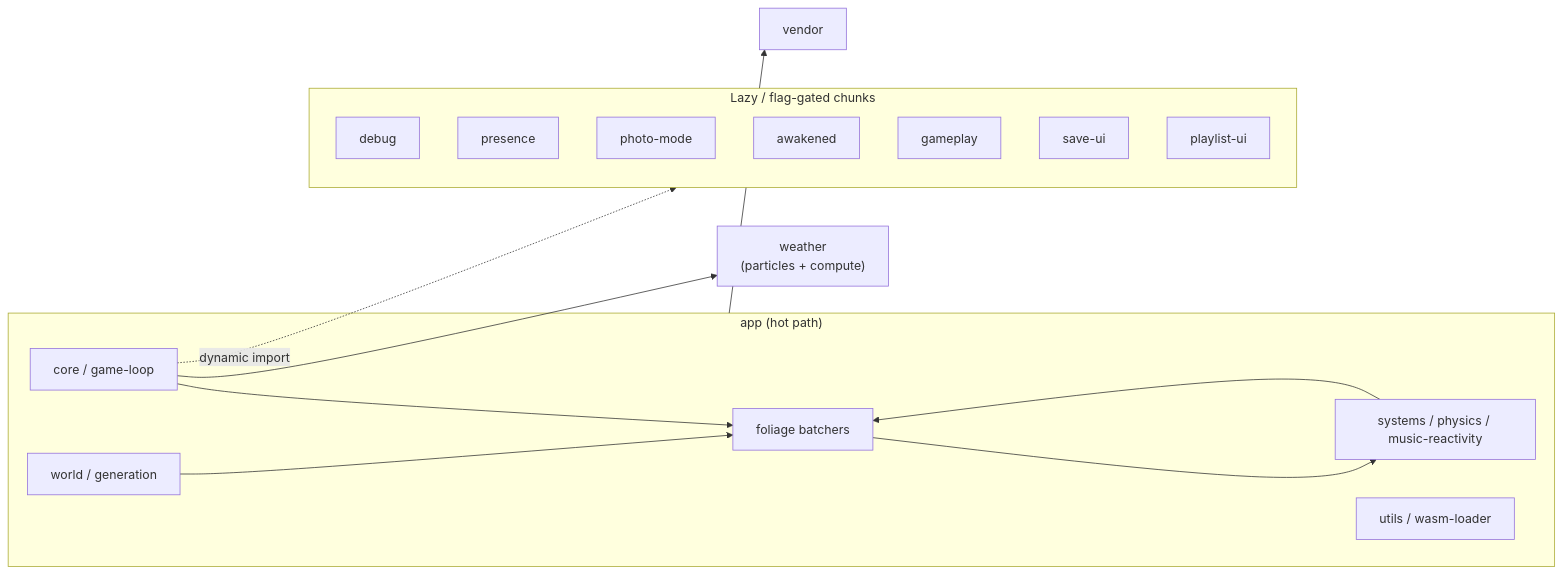
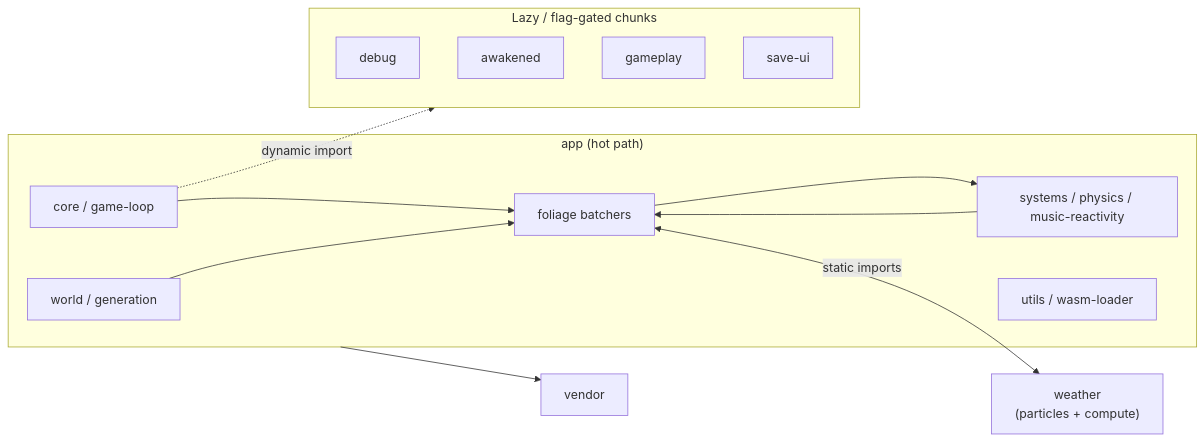
The diagram in docs/APP_CHUNK_SPLIT.md (ford442/candy_world), drawn with Mermaid before and after one commit. The commit also changed other lines of this file and 19 other files, not shown here.

````diff
--- a/docs/APP_CHUNK_SPLIT.md
+++ b/docs/APP_CHUNK_SPLIT.md
@@ -61,29 +66,26 @@
 ```mermaid
 flowchart LR
   subgraph app_chunk["app (hot path)"]
     core["core / game-loop"]
     foliage["foliage batchers"]
     systems["systems / physics / music-reactivity"]
     world["world / generation"]
     utils["utils / wasm-loader"]
   end
   subgraph lazy_chunks["Lazy / flag-gated chunks"]
     debug["debug"]
-    presence["presence"]
-    photo["photo-mode"]
     awakened["awakened"]
     gameplay["gameplay"]
     save["save-ui"]
-    playlist["playlist-ui"]
   end
   weather["weather\n(particles + compute)"]
   vendor["vendor"]
 
   core --> foliage
   foliage --> systems
   systems --> foliage
   world --> foliage
   core -.->|dynamic import| lazy_chunks
-  core --> weather
+  foliage <-->|static imports| weather
   app_chunk --> vendor
 ```
````
